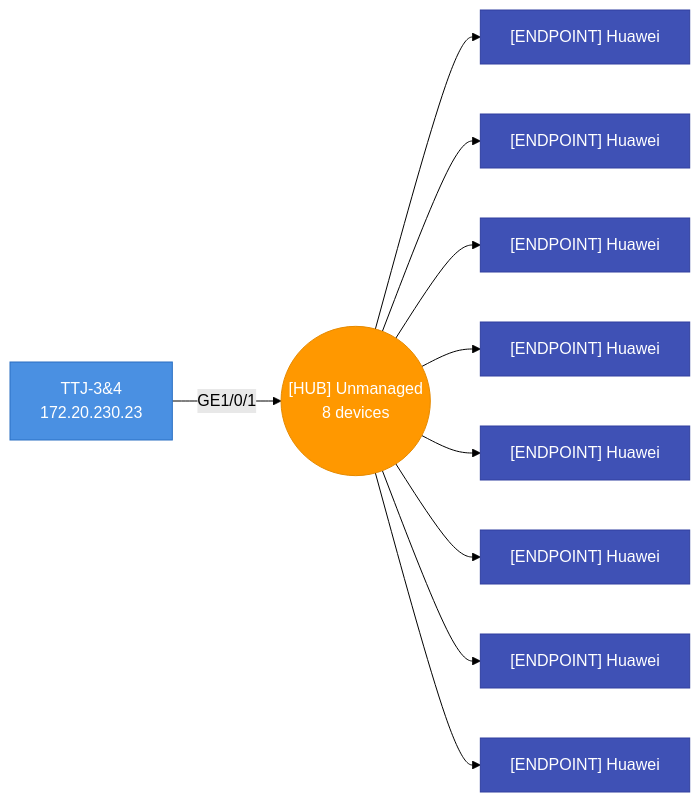
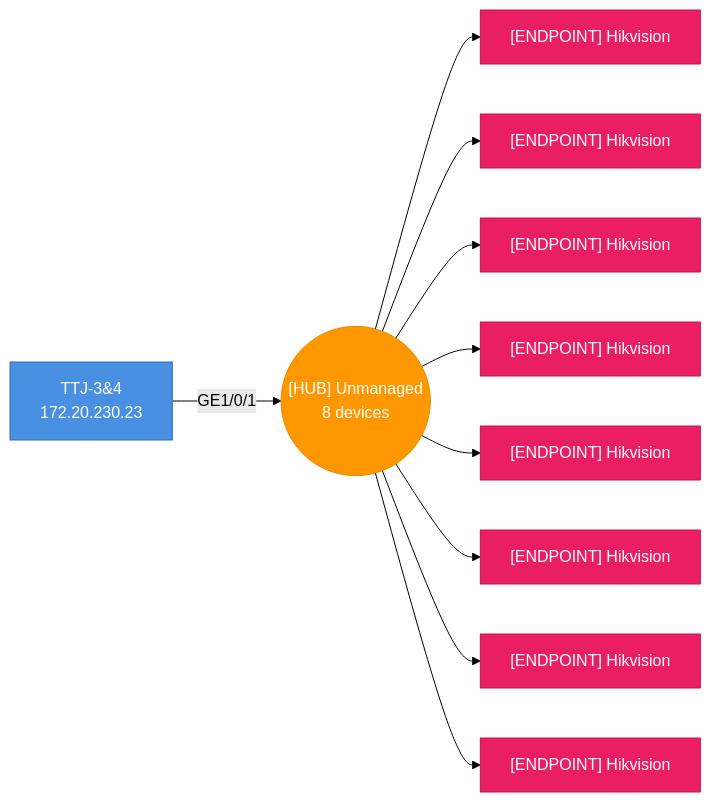
The tenth of 47 diagrams in testdata/golden/audit_default.md (djamic/LLDP-Skanner-Go), drawn with Mermaid (forest theme) before and after one commit. The commit also changed other lines of this file and 16 other files, not shown here.

````diff
--- a/testdata/golden/audit_default.md
+++ b/testdata/golden/audit_default.md
@@ -1719,32 +1709,32 @@
 ```mermaid
 graph LR
   hub_4caea3a201ac_p1(("[HUB] Unmanaged<br>8 devices"))
   4caea3a201ac["TTJ-3&4<br>172.20.230.23"]
   4caea3a201ac-- "GE1/0/1" -->hub_4caea3a201ac_p1
   style 4caea3a201ac fill:#4A90E2,stroke:#2A6FC2,color:#fff
-  bc9b5e37bf19["[ENDPOINT] Huawei"]
+  bc9b5e37bf19["[ENDPOINT] Hikvision"]
   hub_4caea3a201ac_p1-->bc9b5e37bf19
-  style bc9b5e37bf19 fill:#3F51B5,stroke:#303F9F,color:#fff
-  bc9b5e37bf20["[ENDPOINT] Huawei"]
+  style bc9b5e37bf19 fill:#E91E63,stroke:#C2185B,color:#fff
+  bc9b5e37bf20["[ENDPOINT] Hikvision"]
   hub_4caea3a201ac_p1-->bc9b5e37bf20
-  style bc9b5e37bf20 fill:#3F51B5,stroke:#303F9F,color:#fff
-  bc9b5e37bf22["[ENDPOINT] Huawei"]
+  style bc9b5e37bf20 fill:#E91E63,stroke:#C2185B,color:#fff
+  bc9b5e37bf22["[ENDPOINT] Hikvision"]
   hub_4caea3a201ac_p1-->bc9b5e37bf22
-  style bc9b5e37bf22 fill:#3F51B5,stroke:#303F9F,color:#fff
-  bc9b5e37bf33["[ENDPOINT] Huawei"]
+  style bc9b5e37bf22 fill:#E91E63,stroke:#C2185B,color:#fff
+  bc9b5e37bf33["[ENDPOINT] Hikvision"]
   hub_4caea3a201ac_p1-->bc9b5e37bf33
-  style bc9b5e37bf33 fill:#3F51B5,stroke:#303F9F,color:#fff
-  bc9b5e37bf3a["[ENDPOINT] Huawei"]
+  style bc9b5e37bf33 fill:#E91E63,stroke:#C2185B,color:#fff
+  bc9b5e37bf3a["[ENDPOINT] Hikvision"]
   hub_4caea3a201ac_p1-->bc9b5e37bf3a
-  style bc9b5e37bf3a fill:#3F51B5,stroke:#303F9F,color:#fff
-  bc9b5e37bf3b["[ENDPOINT] Huawei"]
+  style bc9b5e37bf3a fill:#E91E63,stroke:#C2185B,color:#fff
+  bc9b5e37bf3b["[ENDPOINT] Hikvision"]
   hub_4caea3a201ac_p1-->bc9b5e37bf3b
-  style bc9b5e37bf3b fill:#3F51B5,stroke:#303F9F,color:#fff
-  bc9b5e37bf49["[ENDPOINT] Huawei"]
+  style bc9b5e37bf3b fill:#E91E63,stroke:#C2185B,color:#fff
+  bc9b5e37bf49["[ENDPOINT] Hikvision"]
   hub_4caea3a201ac_p1-->bc9b5e37bf49
-  style bc9b5e37bf49 fill:#3F51B5,stroke:#303F9F,color:#fff
-  bc9b5e37bf4b["[ENDPOINT] Huawei"]
+  style bc9b5e37bf49 fill:#E91E63,stroke:#C2185B,color:#fff
+  bc9b5e37bf4b["[ENDPOINT] Hikvision"]
   hub_4caea3a201ac_p1-->bc9b5e37bf4b
-  style bc9b5e37bf4b fill:#3F51B5,stroke:#303F9F,color:#fff
+  style bc9b5e37bf4b fill:#E91E63,stroke:#C2185B,color:#fff
   style hub_4caea3a201ac_p1 fill:#FF9800,stroke:#E68A00,color:#fff
 ```
````
